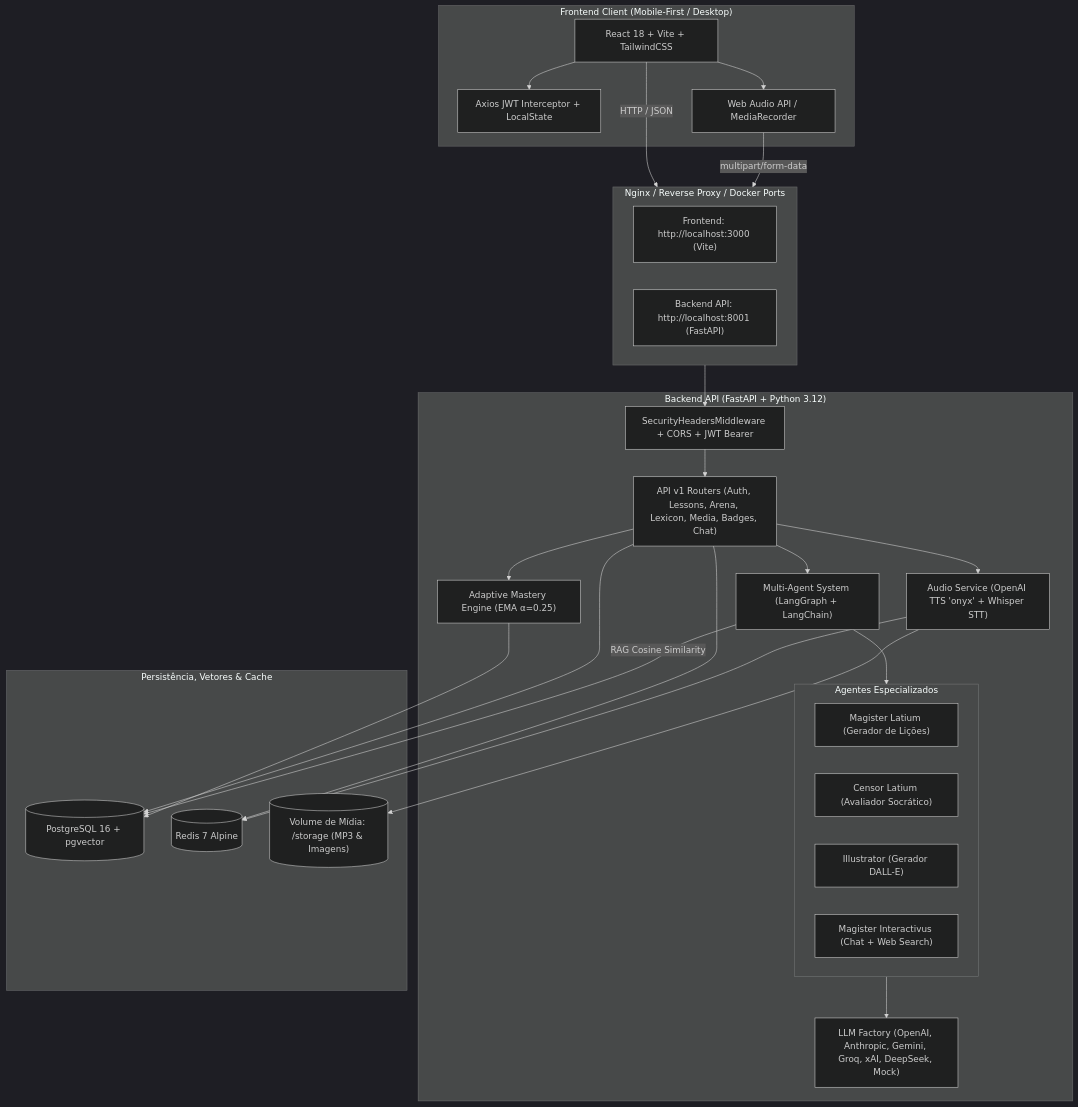
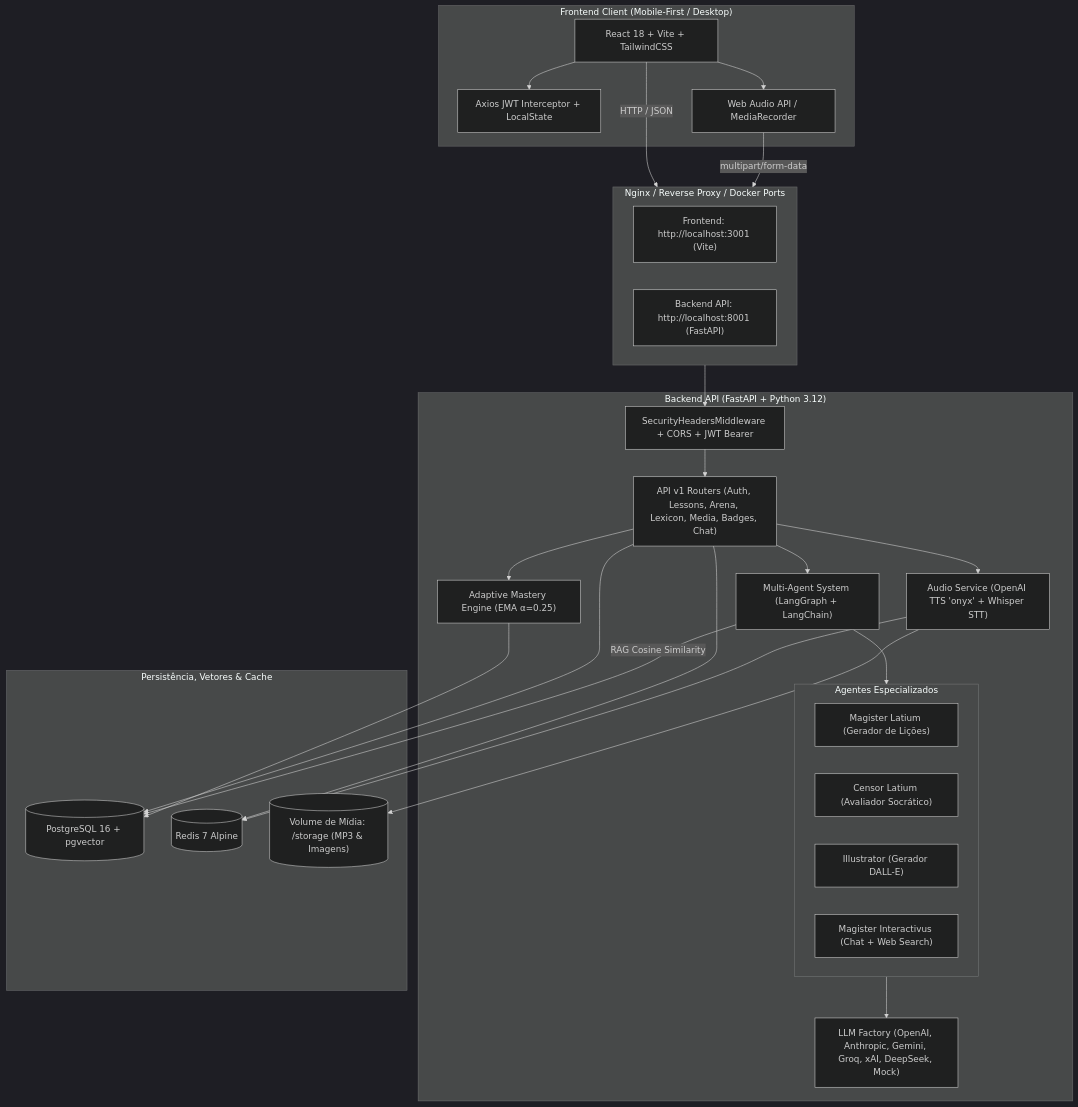
Before and after one commit to rpaplaus/LATIN_CLASS: the diagram in README.md, drawn with Mermaid (dark theme). The commit also changed other lines of this file and 11 other files, not shown here.

````diff
--- a/README.md
+++ b/README.md
@@ -67,55 +67,55 @@
 ```mermaid
 flowchart TD
     subgraph Client ["Frontend Client (Mobile-First / Desktop)"]
         UI["React 18 + Vite + TailwindCSS"]
         State["Axios JWT Interceptor + LocalState"]
         AudioAPI["Web Audio API / MediaRecorder"]
         UI --> State
         UI --> AudioAPI
     end
 
     subgraph Gateway ["Nginx / Reverse Proxy / Docker Ports"]
-        P3000["Frontend: http://localhost:3000 (Vite)"]
+        P3001["Frontend: http://localhost:3001 (Vite)"]
         P8001["Backend API: http://localhost:8001 (FastAPI)"]
     end
 
     subgraph Backend ["Backend API (FastAPI + Python 3.12)"]
         Security["SecurityHeadersMiddleware + CORS + JWT Bearer"]
         Routers["API v1 Routers (Auth, Lessons, Arena, Lexicon, Media, Badges, Chat)"]
         ProfEngine["Adaptive Mastery Engine (EMA α=0.25)"]
         AgentCore["Multi-Agent System (LangGraph + LangChain)"]
         
         subgraph Agents ["Agentes Especializados"]
             Magister["Magister Latium (Gerador de Lições)"]
             Censor["Censor Latium (Avaliador Socrático)"]
             Illustrator["Illustrator (Gerador DALL-E)"]
             ChatMagister["Magister Interactivus (Chat + Web Search)"]
         end
 
         Factory["LLM Factory (OpenAI, Anthropic, Gemini, Groq, xAI, DeepSeek, Mock)"]
         AudioService["Audio Service (OpenAI TTS 'onyx' + Whisper STT)"]
     end
 
     subgraph Storage ["Persistência, Vetores & Cache"]
         PG[("PostgreSQL 16 + pgvector")]
         Redis[("Redis 7 Alpine")]
         Disk[("Volume de Mídia: /storage (MP3 & Imagens)")]
     end
 
     UI -->|HTTP / JSON| Gateway
     AudioAPI -->|multipart/form-data| Gateway
     Gateway --> Security
     Security --> Routers
     Routers --> ProfEngine
     Routers --> AgentCore
     Routers --> AudioService
     AgentCore --> Agents
     Agents --> Factory
     
     ProfEngine --> PG
     Routers --> PG
     Routers --> Redis
     AudioService --> Redis
     AudioService --> Disk
     AgentCore -->|RAG Cosine Similarity| PG
 ```
````
